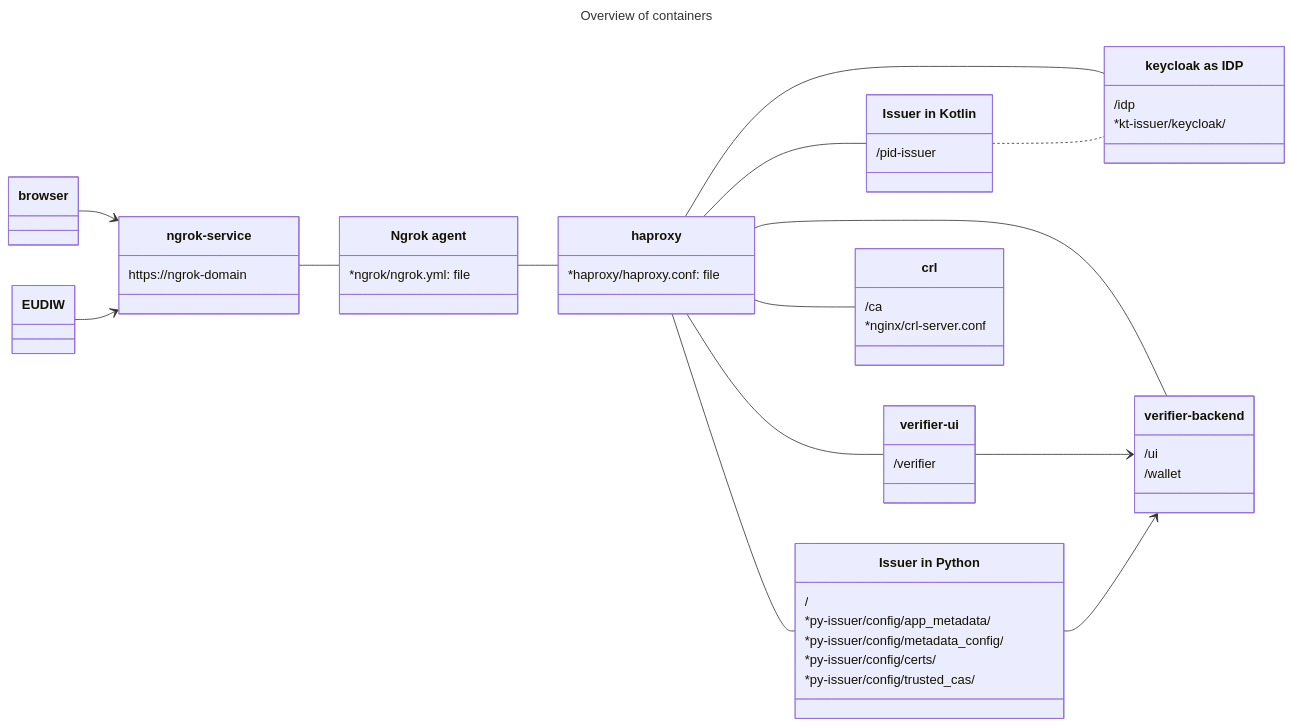
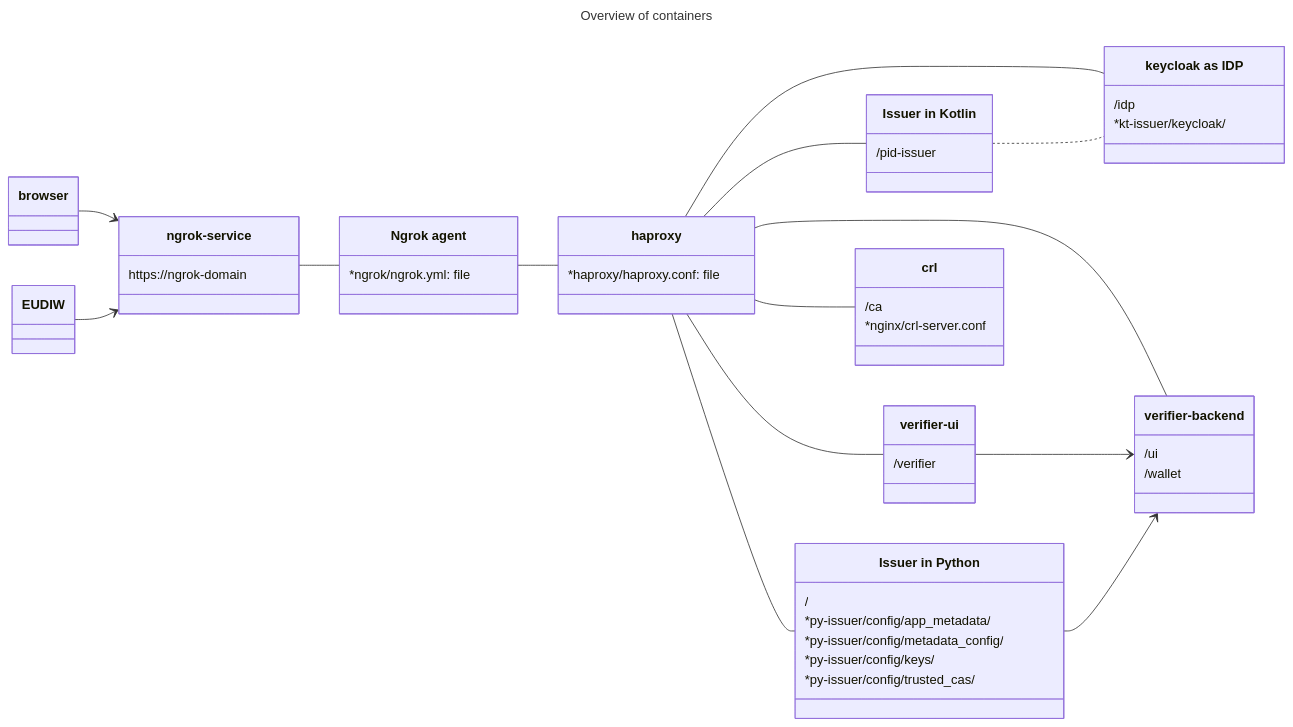
The diagram in README.md (potential-nl-blsp/eudi-poc-nl), drawn with Mermaid before and after one commit. The commit also changed other lines of this file and 1 other file, not shown here.

````diff
--- a/README.md
+++ b/README.md
@@ -12,68 +12,68 @@
 ```mermaid
 ---
 title: Overview of containers
 ---
 classDiagram
     direction LR
 
     class browser { }
 
     class EUDIW { }
     
     class ngrok-service { 
         https://ngrok-domain
     }
 
     class ngrok["Ngrok agent"] {  
         *ngrok/ngrok.yml: file
     }
 
     class haproxy { 
         *haproxy/haproxy.conf: file
     }
     
     class verifier-ui { 
         /verifier
     }
  
     class verifier-backend {
         /ui
         /wallet
     }
     
     class py-issuer["Issuer in Python"] { 
         /
         *py-issuer/config/app_metadata/
         *py-issuer/config/metadata_config/
-        *py-issuer/config/certs/
+        *py-issuer/config/keys/
         *py-issuer/config/trusted_cas/
     }
     
     class pid-issuer["Issuer in Kotlin"] {
         /pid-issuer
     }
 
     class keycloak["keycloak as IDP"] {
         /idp
         *kt-issuer/keycloak/
     } 
 
     class crl {
         /ca
         *nginx/crl-server.conf
     }
 
     browser --> ngrok-service
     EUDIW --> ngrok-service
     ngrok-service -- ngrok
     ngrok -- haproxy
     haproxy -- pid-issuer
     haproxy -- keycloak
     pid-issuer .. keycloak
     haproxy -- py-issuer
     haproxy -- crl
     haproxy -- verifier-ui
     haproxy -- verifier-backend
     verifier-ui --> verifier-backend
     py-issuer --> verifier-backend
 ```
````
